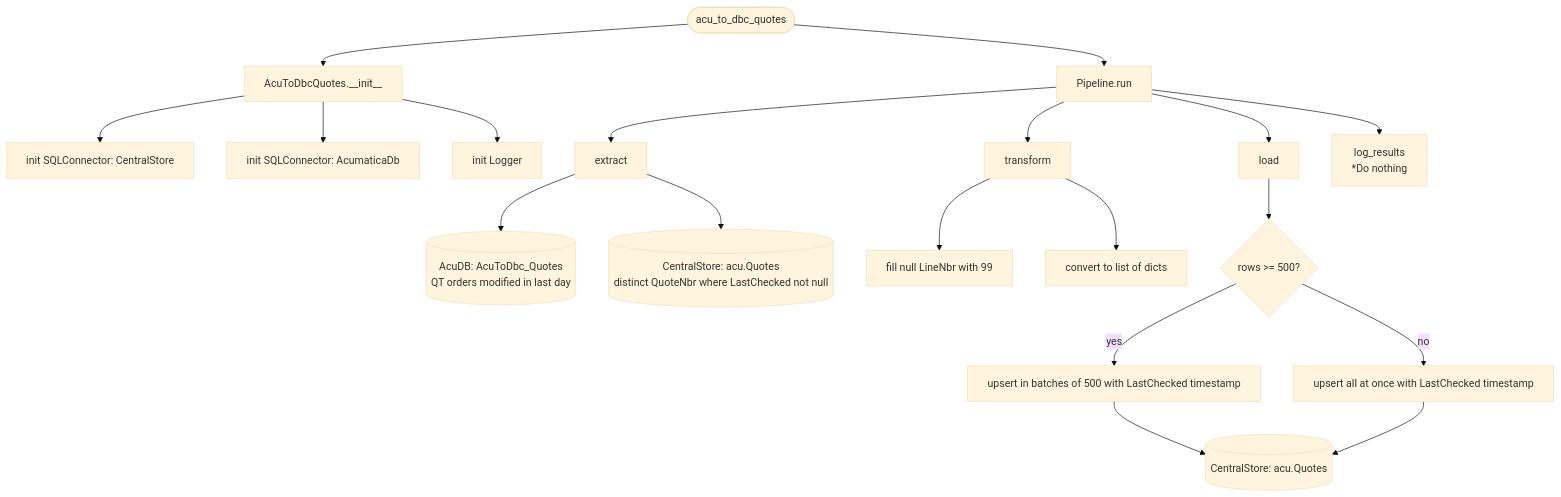
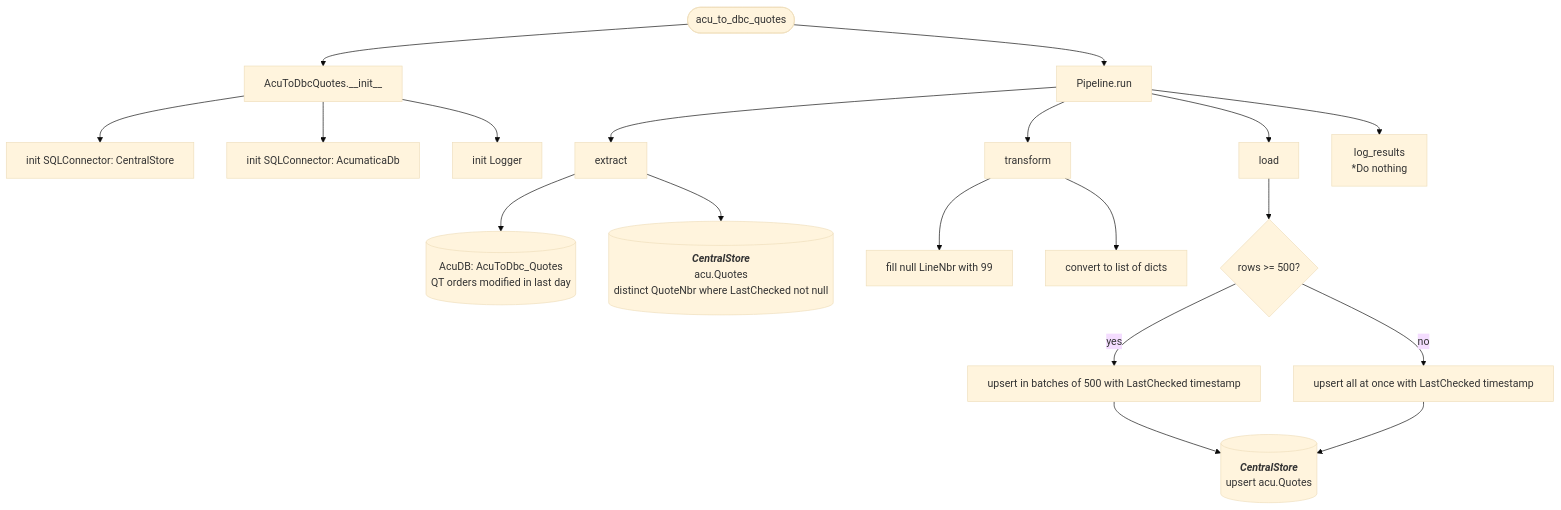
One commit to journeyhl/integration-platform changed the diagram in docs/pipelines/acu_to_dbc_quotes.md. Above: the diagram before and after it, drawn with Mermaid (base theme). The commit also changed 25 other files, not shown here.

````diff
--- a/docs/pipelines/acu_to_dbc_quotes.md
+++ b/docs/pipelines/acu_to_dbc_quotes.md
@@ -1,27 +1,31 @@
 ```mermaid
 %%{init: {"flowchart": {"wrappingWidth": 400}}}%%
 flowchart TD
     A([acu_to_dbc_quotes]) --> B[AcuToDbcQuotes.__init__]
     B --> B1[init SQLConnector: CentralStore]
     B --> B2[init SQLConnector: AcumaticaDb]
     B --> B3[init Logger]
     
     A--> RUN[Pipeline.run]
 
     RUN --> EX[extract]
     EX --> D1[(AcuDB: AcuToDbc_Quotes<br/>QT orders modified in last day)]
-    EX --> D2[(CentralStore: acu.Quotes<br/>distinct QuoteNbr where LastChecked not null)]
+    EX --> D2[(
+        <b><i>CentralStore</i></b>
+        acu.Quotes<br/>distinct QuoteNbr where LastChecked not null)]
 
     RUN --> TR[transform]
     TR --> T1[fill null LineNbr with 99]
     TR --> T2[convert to list of dicts]
 
     RUN --> LD[load]
     LD --> L1{rows >= 500?}
     L1 -->|yes| L2[upsert in batches of 500 with LastChecked timestamp]
     L1 -->|no| L3[upsert all at once with LastChecked timestamp]
-    L2 --> CS1[(CentralStore: acu.Quotes)]
+    L2 --> CS1[(
+        <b><i>CentralStore</i></b>
+        upsert acu.Quotes)]
     L3 --> CS1
 
     RUN --> LR[log_results<br/>*Do nothing]
 ```
````
